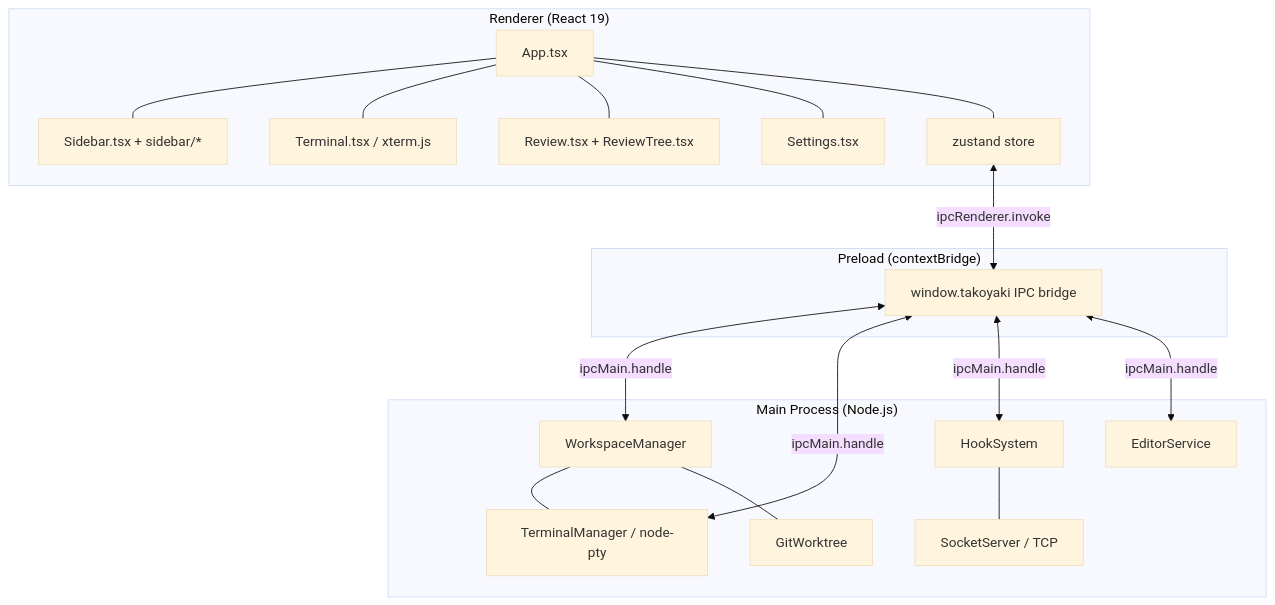
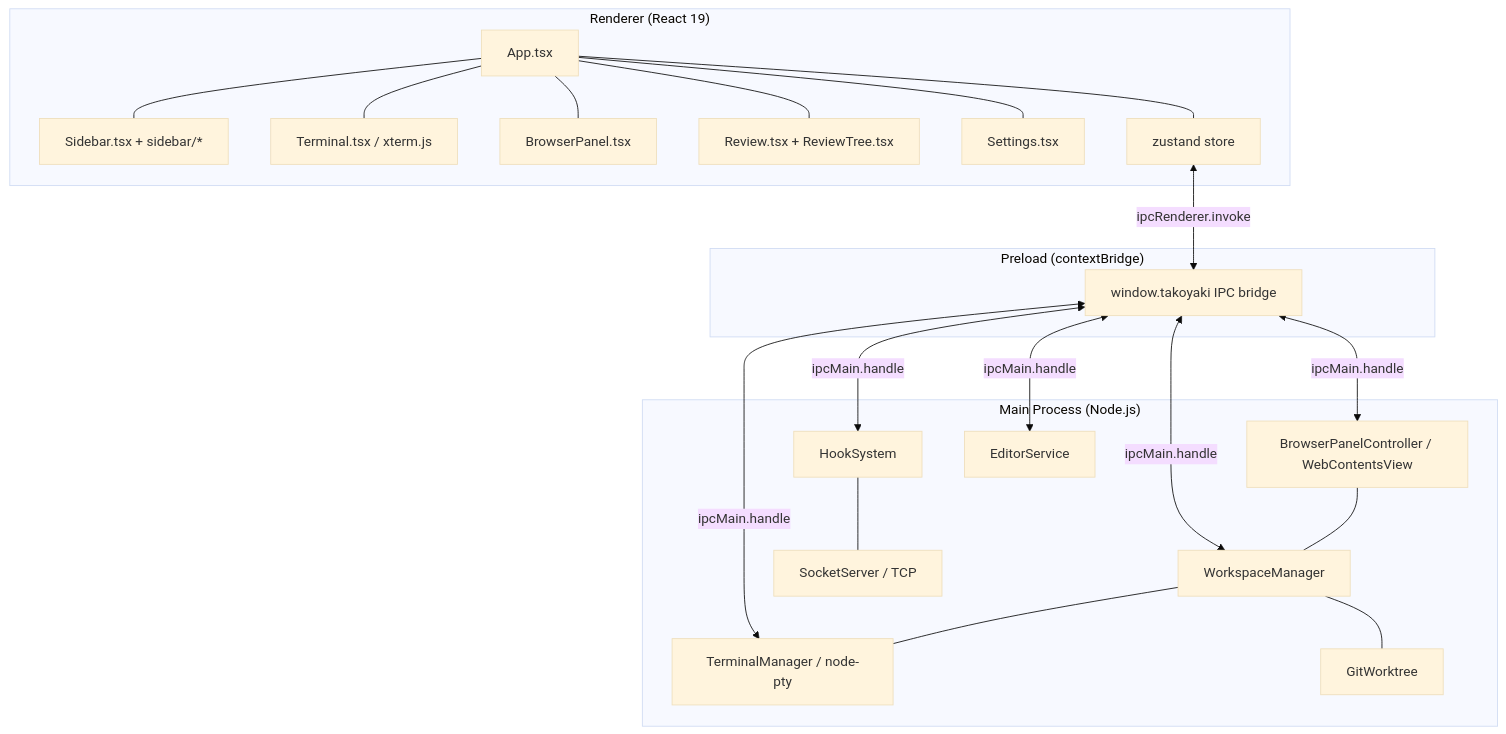
The first of 11 diagrams in docs/ARCHITECTURE.md (adikuma/takoyaki), drawn with Mermaid (base theme) before and after one commit. The commit also changed other lines of this file and 7 other files, not shown here.

````diff
--- a/docs/ARCHITECTURE.md
+++ b/docs/ARCHITECTURE.md
@@ -5,38 +5,43 @@
 ```mermaid
 graph TB
     subgraph Renderer["Renderer (React 19)"]
         App[App.tsx]
         Sidebar[Sidebar.tsx + sidebar/*]
         Terminal[Terminal.tsx / xterm.js]
+        Browser[BrowserPanel.tsx]
         Review[Review.tsx + ReviewTree.tsx]
         Settings[Settings.tsx]
         Store[zustand store]
         App --- Sidebar
         App --- Terminal
+        App --- Browser
         App --- Review
         App --- Settings
         App --- Store
     end
 
     subgraph Preload["Preload (contextBridge)"]
         Bridge[window.takoyaki IPC bridge]
     end
 
     subgraph Main["Main Process (Node.js)"]
         WM[WorkspaceManager]
         TM[TerminalManager / node-pty]
+        BrowserMain[BrowserPanelController / WebContentsView]
         Hooks[HookSystem]
         Socket[SocketServer / TCP]
         Editor[EditorService]
         Git[GitWorktree]
         WM --- TM
         WM --- Git
+        BrowserMain --- WM
         Hooks --- Socket
     end
 
     Store <-->|ipcRenderer.invoke| Bridge
     Bridge <-->|ipcMain.handle| WM
     Bridge <-->|ipcMain.handle| TM
+    Bridge <-->|ipcMain.handle| BrowserMain
     Bridge <-->|ipcMain.handle| Hooks
     Bridge <-->|ipcMain.handle| Editor
 ```
````
